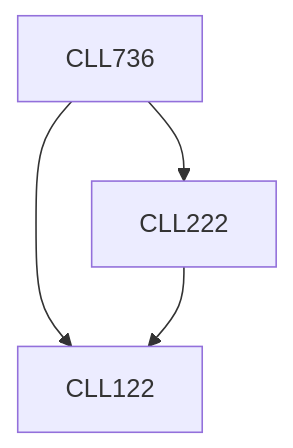
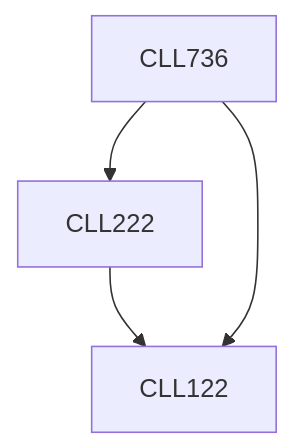
One commit to KeshavBansal0122/CoS_Website changed the diagram in content/Chemical Engineering/CLL736.md. Above: the diagram before and after it, drawn with Mermaid. The commit also changed other lines of this file and 392 other files, not shown here.

````diff
--- a/content/Chemical Engineering/CLL736.md
+++ b/content/Chemical Engineering/CLL736.md
@@ -17,10 +17,10 @@
 ```mermaid
 flowchart TD
 CLL736-140[CLL736]
+CLL222-140 --> CLL122-140[CLL122]
+CLL736-140 --> CLL222-140[CLL222]
 CLL736-140 --> CLL122-140[CLL122]
-CLL736-140 --> CLL222-140[CLL222]
-CLL222-140 --> CLL122-140[CLL122]
 
 classDef empty height:17px, fill:transparent, stroke:transparent;
 classDef trueEmpty height:0px, width:0px;
 ```
````
